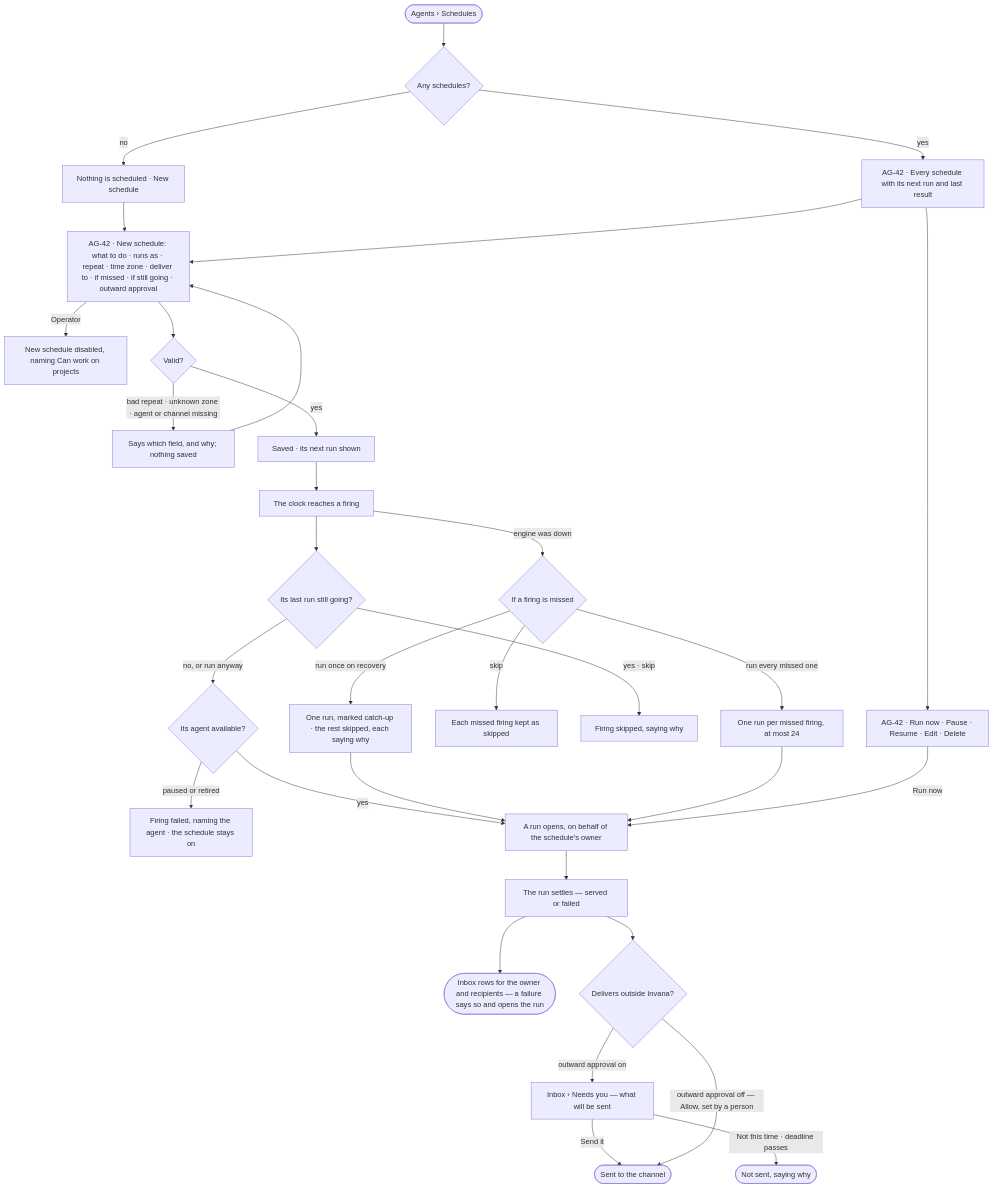
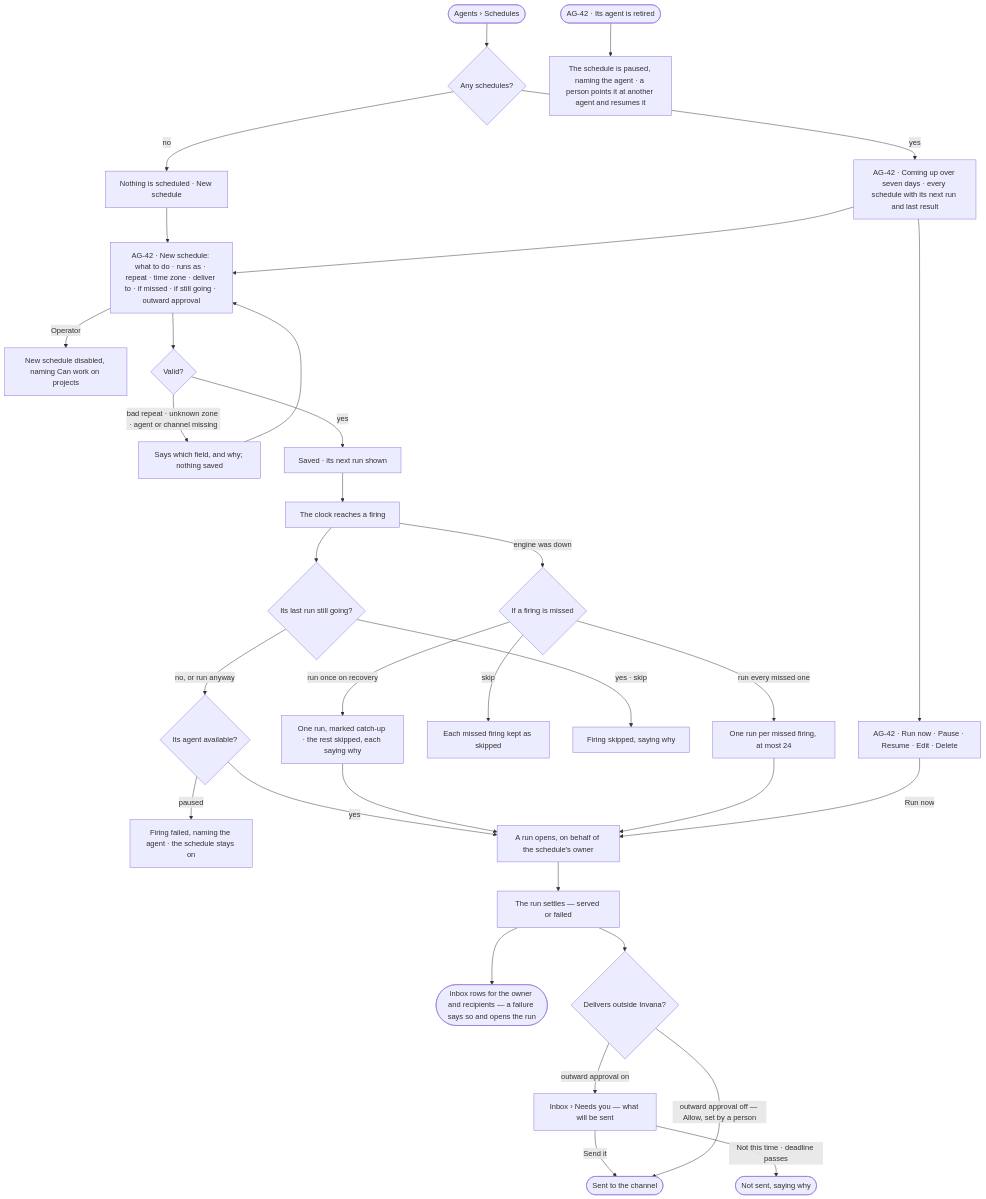
Before and after one commit to invana/invana: the first of 2 diagrams in specs/capabilities/agents/features/AG-F07-schedules/feature.md, drawn with Mermaid. The commit also changed other lines of this file and 637 other files, not shown here.

````diff
--- a/specs/capabilities/agents/features/AG-F07-schedules/feature.md
+++ b/specs/capabilities/agents/features/AG-F07-schedules/feature.md
@@ -23,33 +24,34 @@
 ```mermaid
 flowchart TD
   s([Agents › Schedules]) --> any{"Any schedules?"}
   any -->|no| empty["Nothing is scheduled · New schedule"]
-  any -->|yes| list["AG-42 · Every schedule with its next run and last result"]
+  any -->|yes| list["AG-42 · Coming up over seven days · every schedule with its next run and last result"]
   empty --> new
   list --> new["AG-42 · New schedule: what to do · runs as · repeat · time zone · deliver to · if missed · if still going · outward approval"]
   new -->|Operator| na["New schedule disabled, naming Can work on projects"]
   new --> valid{"Valid?"}
   valid -->|bad repeat · unknown zone · agent or channel missing| ref["Says which field, and why; nothing saved"] --> new
   valid -->|yes| saved["Saved · its next run shown"]
   saved --> clock["The clock reaches a firing"]
   clock -->|engine was down| missed{"If a firing is missed"}
   missed -->|run once on recovery| cu["One run, marked catch-up · the rest skipped, each saying why"]
   missed -->|run every missed one| all["One run per missed firing, at most 24"]
   missed -->|skip| sk["Each missed firing kept as skipped"]
   clock --> going{"Its last run still going?"}
   going -->|yes · skip| skipped["Firing skipped, saying why"]
   going -->|no, or run anyway| agent{"Its agent available?"}
-  agent -->|paused or retired| failed["Firing failed, naming the agent · the schedule stays on"]
+  agent -->|paused| failed["Firing failed, naming the agent · the schedule stays on"]
+  retire([AG-42 · Its agent is retired]) --> paused["The schedule is paused, naming the agent · a person points it at another agent and resumes it"]
   agent -->|yes| run["A run opens, on behalf of the schedule's owner"]
   cu --> run
   all --> run
   run --> settled["The run settles — served or failed"]
   settled --> inbox(["Inbox rows for the owner and recipients — a failure says so and opens the run"])
   settled --> out{"Delivers outside Invana?"}
   out -->|outward approval on| ask["Inbox › Needs you — what will be sent"]
   ask -->|Send it| sent(["Sent to the channel"])
   ask -->|Not this time · deadline passes| held(["Not sent, saying why"])
   out -->|outward approval off — Allow, set by a person| sent
   list --> acts["AG-42 · Run now · Pause · Resume · Edit · Delete"]
   acts -->|Run now| run
 ```
````
